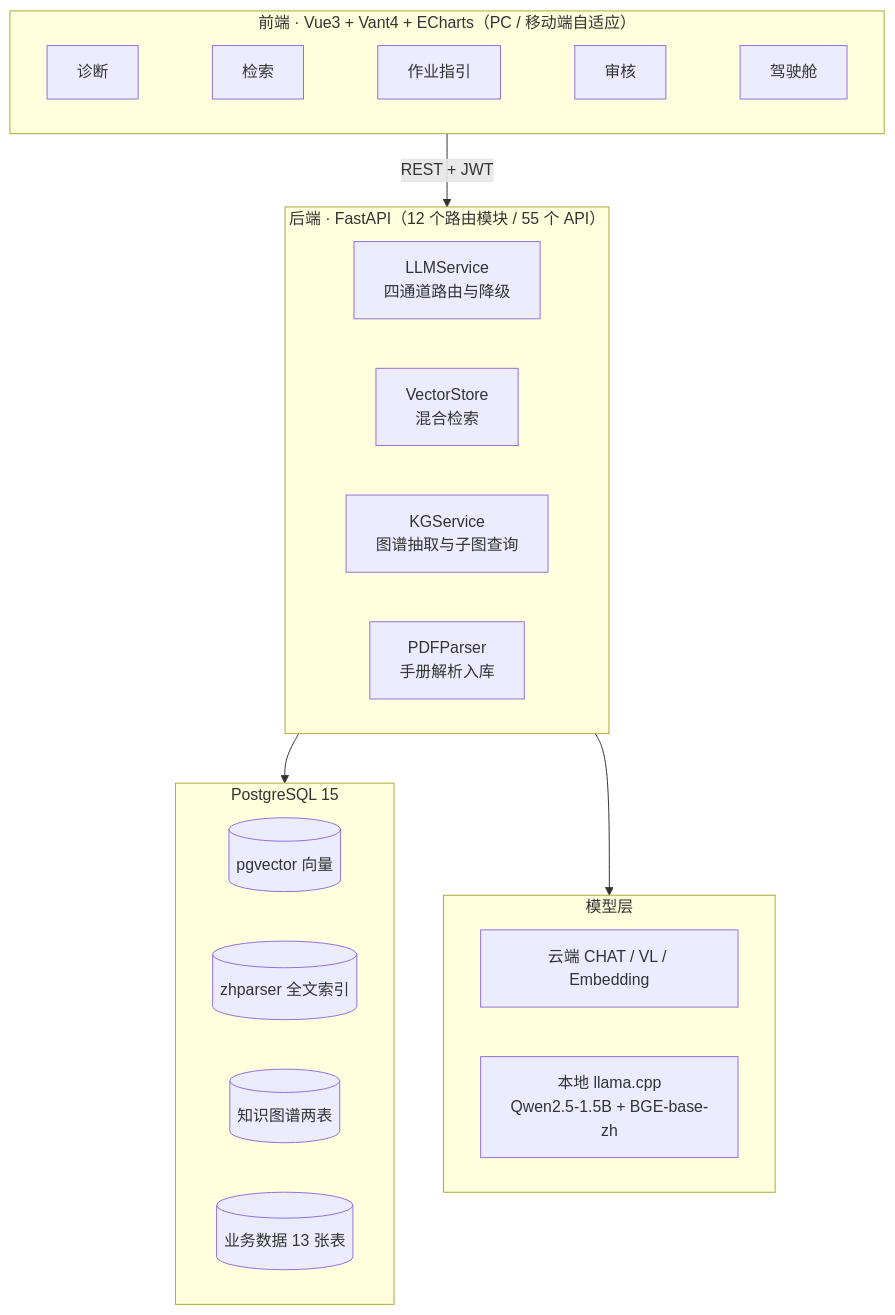
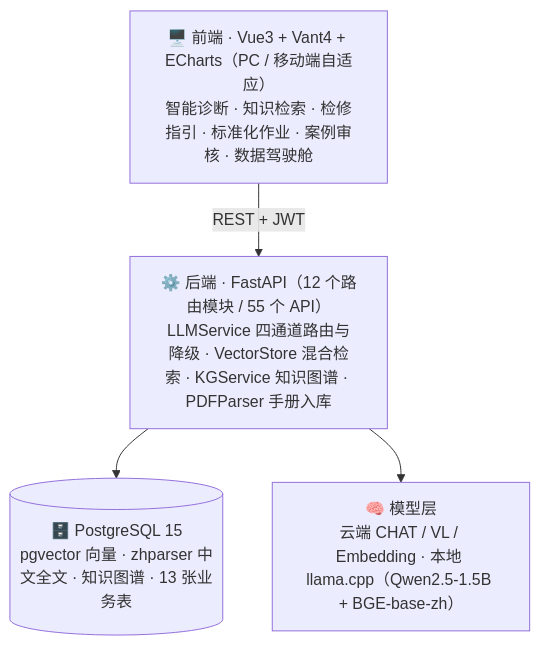
The second of 2 diagrams in README.md (Could-Yun/repair-knowledge-system), drawn with Mermaid before and after one commit.

Commit message:
docs: 简化 README 系统架构图

````diff
--- a/README.md
+++ b/README.md
@@ -114,29 +114,10 @@
 ```mermaid
 flowchart TB
-    subgraph 前端["前端 · Vue3 + Vant4 + ECharts（PC / 移动端自适应）"]
-        direction LR
-        F1[诊断] ~~~ F2[检索] ~~~ F3[作业指引] ~~~ F4[审核] ~~~ F5[驾驶舱]
-    end
-    subgraph 后端["后端 · FastAPI（12 个路由模块 / 55 个 API）"]
-        direction LR
-        S1[LLMService<br/>四通道路由与降级]
-        S2[VectorStore<br/>混合检索]
-        S3[KGService<br/>图谱抽取与子图查询]
-        S4[PDFParser<br/>手册解析入库]
-    end
-    subgraph 数据["PostgreSQL 15"]
-        direction LR
-        D1[(pgvector 向量)]
-        D2[(zhparser 全文索引)]
-        D3[(知识图谱两表)]
-        D4[(业务数据 13 张表)]
-    end
-    subgraph 模型["模型层"]
-        direction LR
-        M1[云端 CHAT / VL / Embedding]
-        M2[本地 llama.cpp<br/>Qwen2.5-1.5B + BGE-base-zh]
-    end
-    前端 -->|REST + JWT| 后端
-    后端 --> 数据
-    后端 --> 模型
+    A["🖥️ 前端 · Vue3 + Vant4 + ECharts（PC / 移动端自适应）<br/>智能诊断 · 知识检索 · 检修指引 · 标准化作业 · 案例审核 · 数据驾驶舱"]
+    B["⚙️ 后端 · FastAPI（12 个路由模块 / 55 个 API）<br/>LLMService 四通道路由与降级 · VectorStore 混合检索 · KGService 知识图谱 · PDFParser 手册入库"]
+    C[("🗄️ PostgreSQL 15<br/>pgvector 向量 · zhparser 中文全文 · 知识图谱 · 13 张业务表")]
+    D["🧠 模型层<br/>云端 CHAT / VL / Embedding · 本地 llama.cpp（Qwen2.5-1.5B + BGE-base-zh）"]
+    A -->|REST + JWT| B
+    B --> C
+    B --> D
 ```
````
